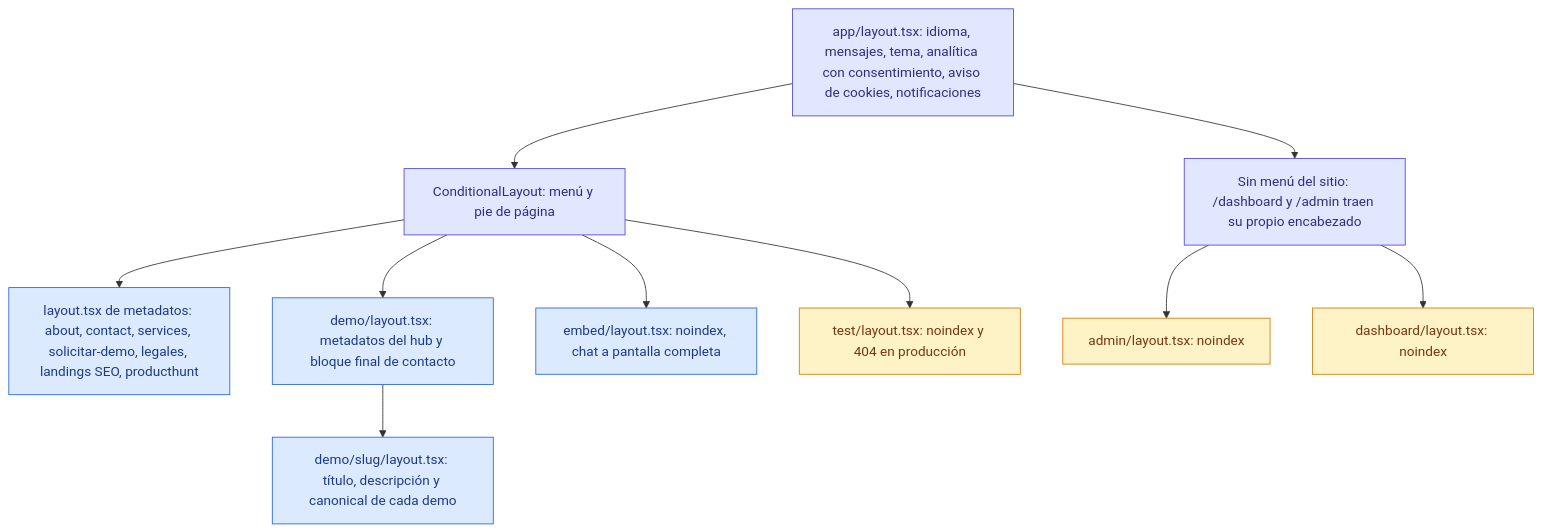
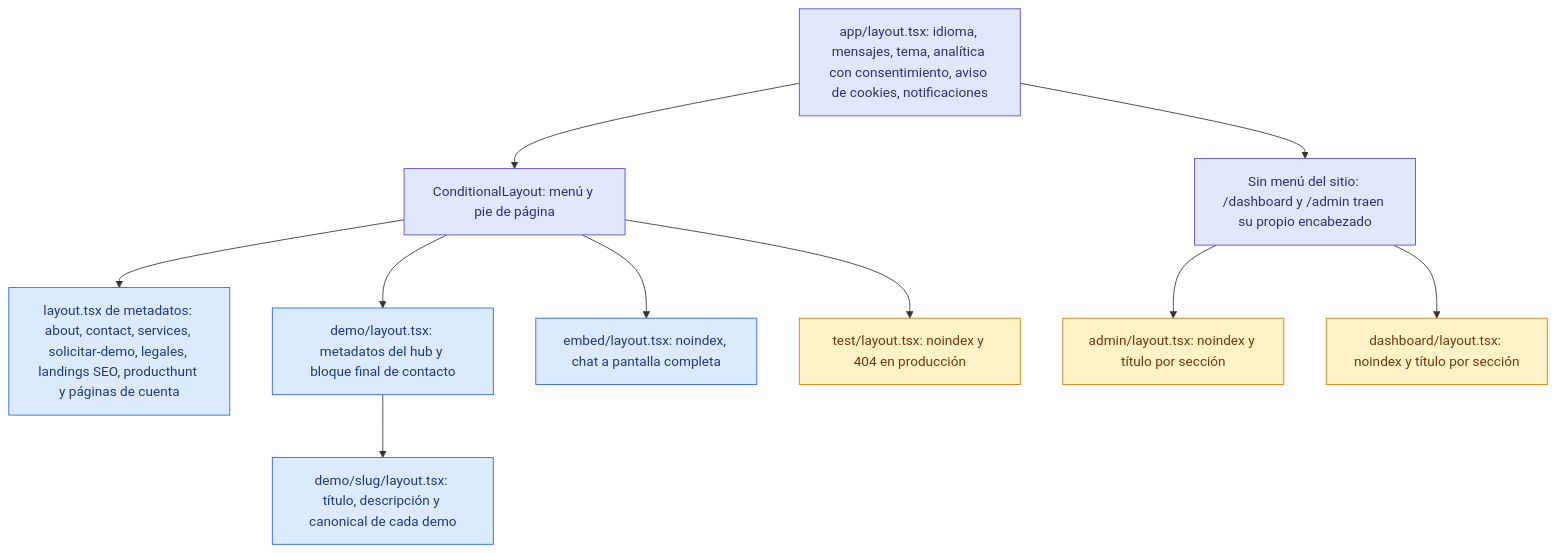
One commit to ronalc90/koptup changed the second of 2 diagrams in docs/wiki/Doc-02-Mapa-del-Sitio.md. Above: the diagram before and after it, drawn with Mermaid. The commit also changed other lines of this file and 92 other files, not shown here.

````diff
--- a/docs/wiki/Doc-02-Mapa-del-Sitio.md
+++ b/docs/wiki/Doc-02-Mapa-del-Sitio.md
@@ -293,26 +293,26 @@
 ```mermaid
 flowchart TD
     classDef sistema fill:#e0e7ff,stroke:#4f46e5,color:#312e81
     classDef visitante fill:#dbeafe,stroke:#2563eb,color:#1e3a8a
     classDef admin fill:#fef3c7,stroke:#d97706,color:#78350f
 
     ROOT["app/layout.tsx: idioma, mensajes, tema, analítica con consentimiento, aviso de cookies, notificaciones"]:::sistema
     COND["ConditionalLayout: menú y pie de página"]:::sistema
     OWN["Sin menú del sitio: /dashboard y /admin traen su propio encabezado"]:::sistema
-    META["layout.tsx de metadatos: about, contact, services, solicitar-demo, legales, landings SEO, producthunt"]:::visitante
+    META["layout.tsx de metadatos: about, contact, services, solicitar-demo, legales, landings SEO, producthunt y páginas de cuenta"]:::visitante
     DEMO["demo/layout.tsx: metadatos del hub y bloque final de contacto"]:::visitante
     DSLUG["demo/slug/layout.tsx: título, descripción y canonical de cada demo"]:::visitante
-    ADM["admin/layout.tsx: noindex"]:::admin
-    DSH["dashboard/layout.tsx: noindex"]:::admin
+    ADM["admin/layout.tsx: noindex y título por sección"]:::admin
+    DSH["dashboard/layout.tsx: noindex y título por sección"]:::admin
     EMB["embed/layout.tsx: noindex, chat a pantalla completa"]:::visitante
     TST["test/layout.tsx: noindex y 404 en producción"]:::admin
 
     ROOT --> COND
     ROOT --> OWN
     COND --> META
     COND --> DEMO --> DSLUG
     COND --> EMB
     COND --> TST
     OWN --> ADM
     OWN --> DSH
 ```
````
